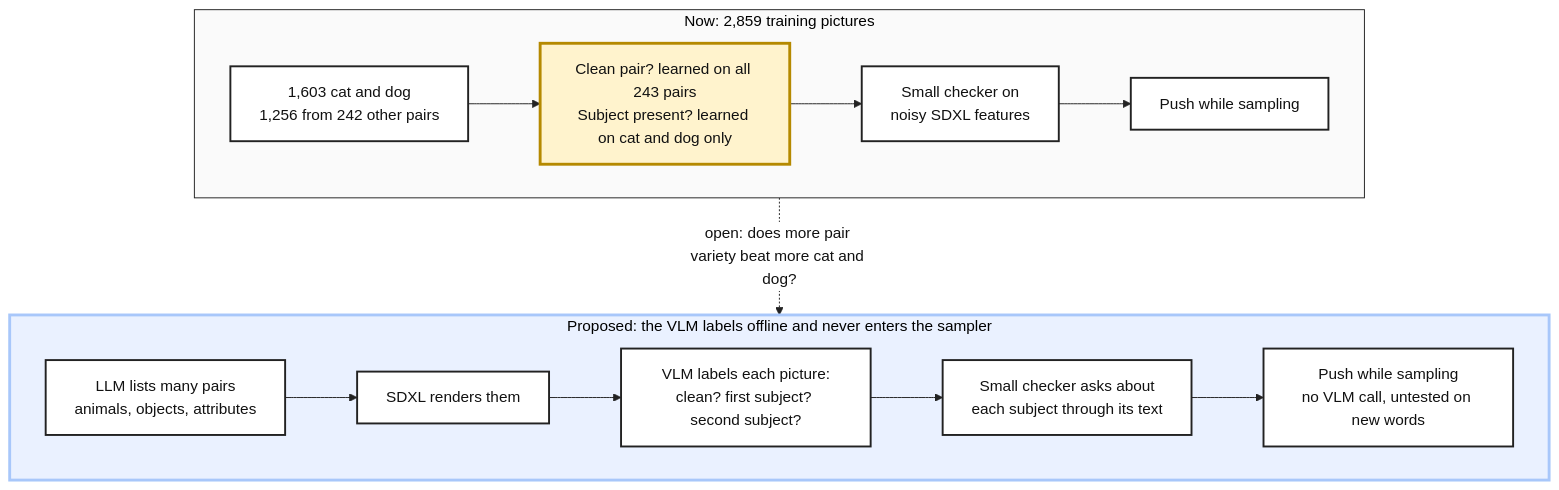
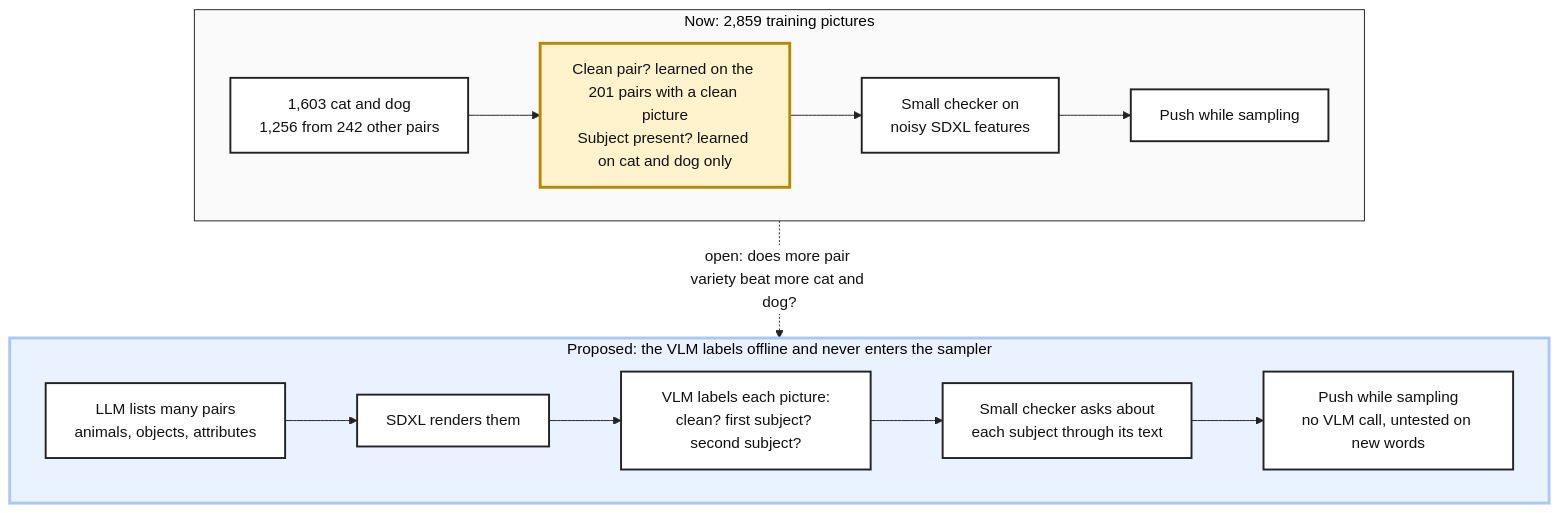
Before and after one commit to mo-rsa24/concept-composition: the diagram in artifacts/notes/progress/method-search/how-the-checker-could-scale.mmd, drawn with Mermaid. The commit also changed 6 other files, not shown here.

Commit message:
Method search drawings: the checker pools to 32 x 32 then strides to 8 x 8, and its clean-pair output learns on 201 pairs

```diff
--- a/artifacts/notes/progress/method-search/how-the-checker-could-scale.mmd
+++ b/artifacts/notes/progress/method-search/how-the-checker-could-scale.mmd
@@ -1,19 +1,19 @@
 %%{init: {'theme': 'base', 'themeVariables': {'fontFamily': 'monospace', 'primaryColor': '#ffffff', 'primaryBorderColor': '#222222', 'primaryTextColor': '#111111', 'lineColor': '#222222'}}}%%
 flowchart TB
   classDef plain fill:#ffffff,stroke:#222222,stroke-width:2px,color:#111111
   classDef warn fill:#fff3cd,stroke:#b58900,stroke-width:3px,color:#111111
 
   subgraph NOW["Now: 2,859 training pictures"]
     direction LR
-    N1["1,603 cat and dog<br/>1,256 from 242 other pairs"] --> N2["Clean pair? learned on all 243 pairs<br/>Subject present? learned on cat and dog only"]:::warn --> N3["Small checker on<br/>noisy SDXL features"] --> N4["Push while sampling"]
+    N1["1,603 cat and dog<br/>1,256 from 242 other pairs"] --> N2["Clean pair? learned on the 201 pairs with a clean picture<br/>Subject present? learned on cat and dog only"]:::warn --> N3["Small checker on<br/>noisy SDXL features"] --> N4["Push while sampling"]
   end
 
   subgraph NEXT["Proposed: the VLM labels offline and never enters the sampler"]
     direction LR
     P1["LLM lists many pairs<br/>animals, objects, attributes"] --> P2["SDXL renders them"] --> P3["VLM labels each picture:<br/>clean? first subject? second subject?"] --> P4["Small checker asks about<br/>each subject through its text"] --> P5["Push while sampling<br/>no VLM call, untested on new words"]
   end
 
   NOW -.->|"open: does more pair variety beat more cat and dog?"| NEXT
   class N1,N3,N4,P1,P2,P3,P4,P5 plain
   style NOW fill:#fafafa,stroke:#222222,stroke-width:1px
   style NEXT fill:#eaf1ff,stroke:#a8c7fa,stroke-width:3px
```
